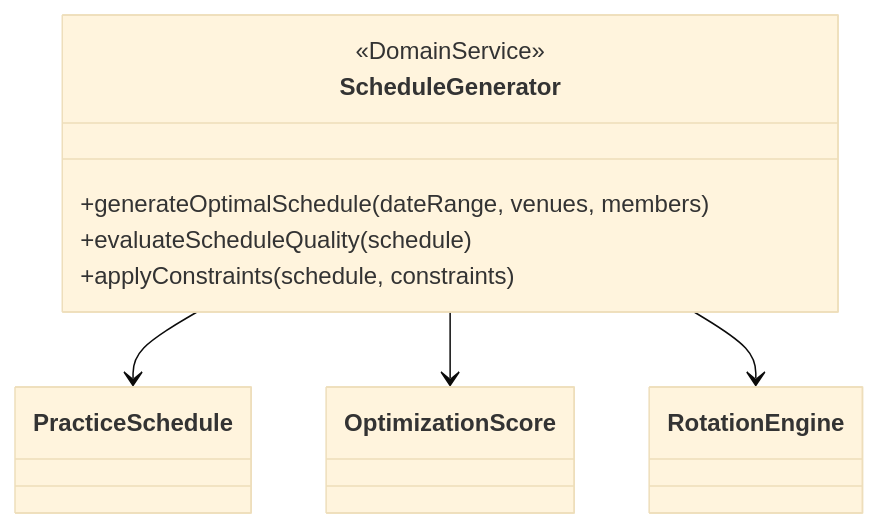
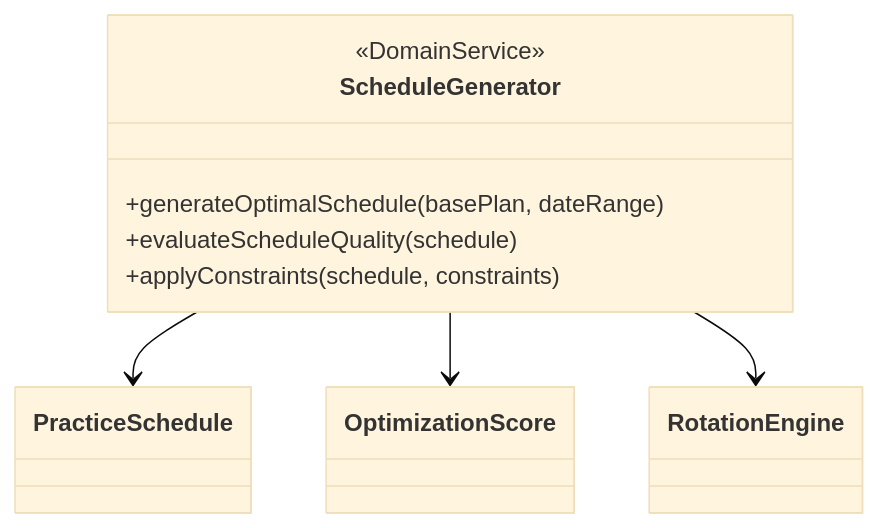
The fourth of 16 diagrams in 設計書/04_ドメインサービス.md (NowatariSoma/tomosigoto_nou_system), drawn with Mermaid (base theme) before and after one commit. The commit also changed other lines of this file and 12 other files, not shown here.

````diff
--- a/設計書/04_ドメインサービス.md
+++ b/設計書/04_ドメインサービス.md
@@ -7,13 +170,13 @@
 ```mermaid
 classDiagram
     class ScheduleGenerator {
         <<DomainService>>
-        +generateOptimalSchedule(dateRange, venues, members)
+        +generateOptimalSchedule(basePlan, dateRange)
         +evaluateScheduleQuality(schedule)
         +applyConstraints(schedule, constraints)
     }
     
     ScheduleGenerator --> PracticeSchedule
     ScheduleGenerator --> OptimizationScore
     ScheduleGenerator --> RotationEngine
 ```
````
